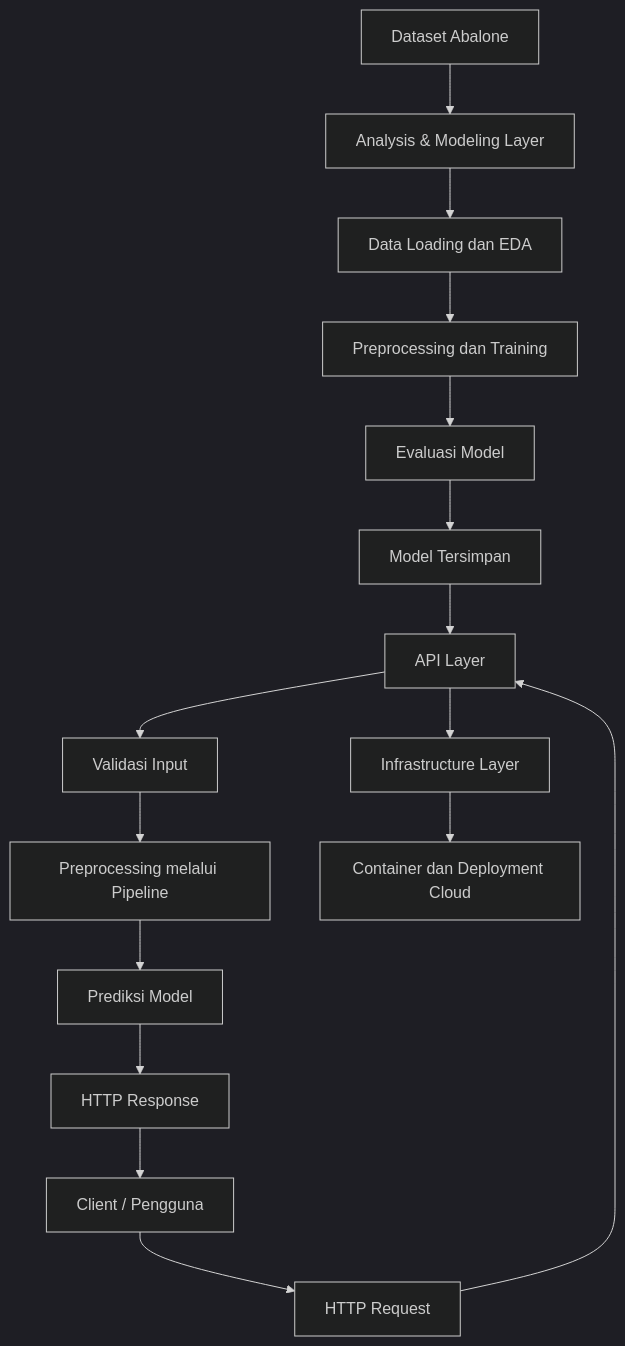
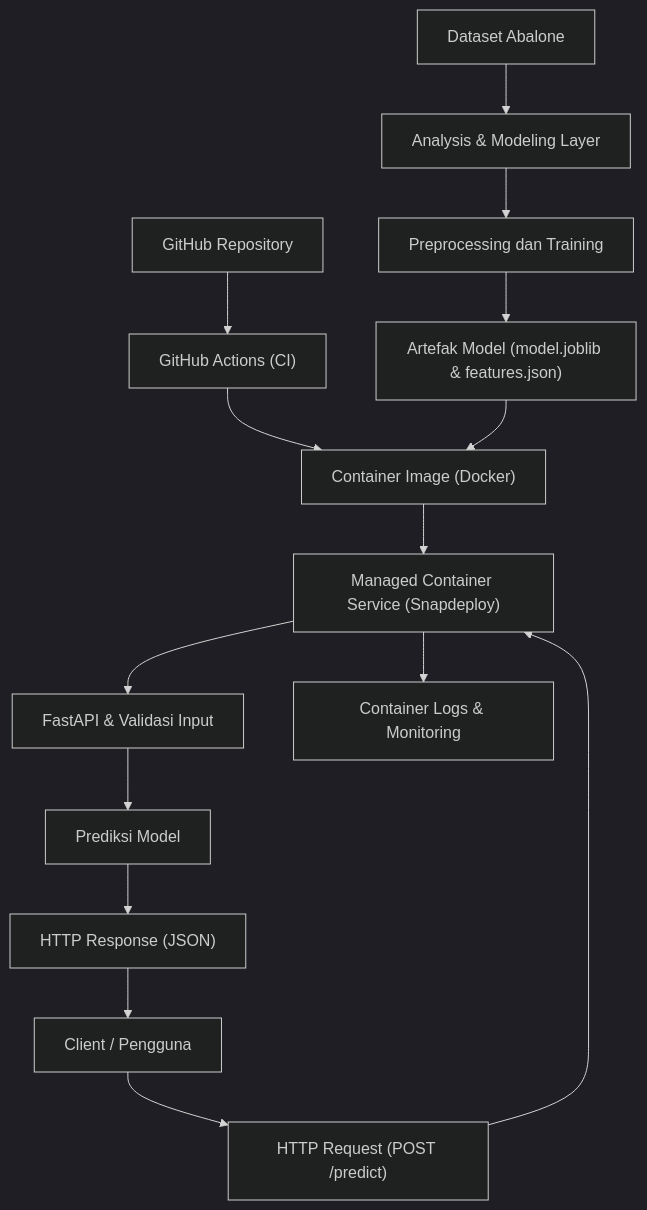
The diagram in docs/architecture.md (HaryantiPujiAstuti/uas-komputasi-awan-kelompok-2), drawn with Mermaid (dark theme) before and after one commit. The commit also changed other lines of this file, not shown here.

First line of the commit message:
Revise architecture document for clarity and updates

````diff
--- a/docs/architecture.md
+++ b/docs/architecture.md
@@ -11,18 +11,20 @@
 ```mermaid
 flowchart TD
     A["Dataset Abalone"] --> B["Analysis & Modeling Layer"]
-    B --> C["Data Loading dan EDA"]
-    C --> D["Preprocessing dan Training"]
-    D --> E["Evaluasi Model"]
-    E --> F["Model Tersimpan"]
-    F --> G["API Layer"]
-    H["Client / Pengguna"] --> I["HTTP Request"]
-    I --> G
-    G --> J["Validasi Input"]
-    J --> K["Preprocessing melalui Pipeline"]
+    B --> C["Preprocessing dan Training"]
+    C --> D["Artefak Model (model.joblib & features.json)"]
+    
+    E["GitHub Repository"] --> F["GitHub Actions (CI)"]
+    F --> G["Container Image (Docker)"]
+    D --> G
+    G --> H["Managed Container Service (Snapdeploy)"]
+    
+    I["Client / Pengguna"] --> J["HTTP Request (POST /predict)"]
+    J --> H
+    H --> K["FastAPI & Validasi Input"]
     K --> L["Prediksi Model"]
-    L --> M["HTTP Response"]
-    M --> H
-    G --> N["Infrastructure Layer"]
-    N --> O["Container dan Deployment Cloud"]
+    L --> M["HTTP Response (JSON)"]
+    M --> I
+    
+    H --> N["Container Logs & Monitoring"]
 ```
````
